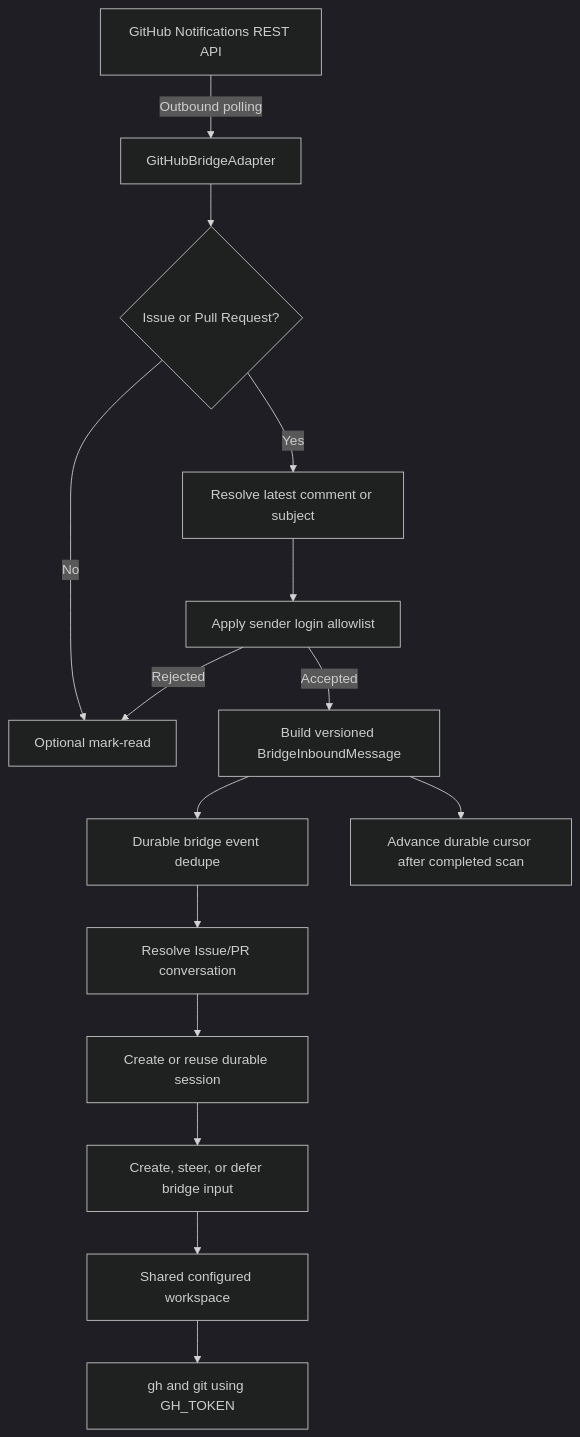
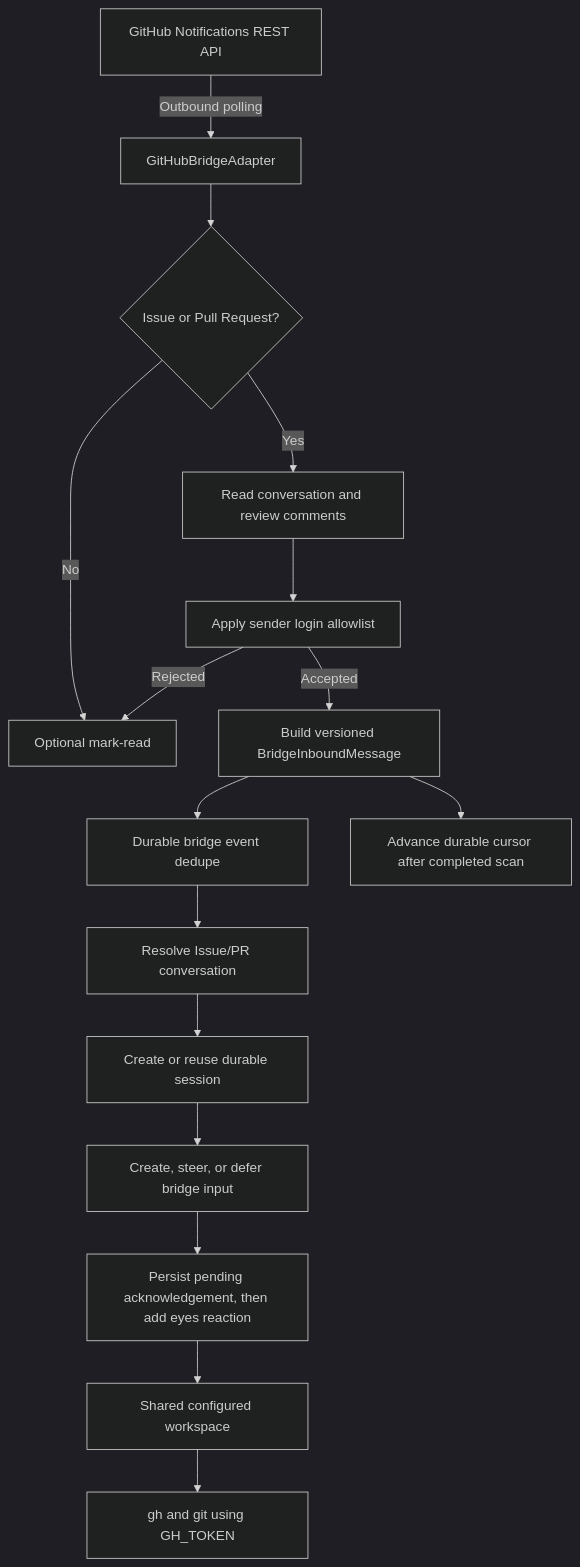
Before and after one commit to Wh1isper/ya-mono: the diagram in packages/ya-claw/spec/14-github-bridge.md, drawn with Mermaid (dark theme). The commit also changed other lines of this file and 7 other files, not shown here.

Commit message:
fix(claw): ingest GitHub comments with durable reaction acknowledgements (#434)

````diff
--- a/packages/ya-claw/spec/14-github-bridge.md
+++ b/packages/ya-claw/spec/14-github-bridge.md
@@ -43,17 +43,18 @@
 ```mermaid
 flowchart TD
     GH["GitHub Notifications REST API"] -->|Outbound polling| POLL["GitHubBridgeAdapter"]
     POLL --> RESOURCE{"Issue or Pull Request?"}
     RESOURCE -->|No| READ["Optional mark-read"]
-    RESOURCE -->|Yes| SOURCE["Resolve latest comment or subject"]
+    RESOURCE -->|Yes| SOURCE["Read conversation and review comments"]
     SOURCE --> SENDER["Apply sender login allowlist"]
     SENDER -->|Rejected| READ
     SENDER -->|Accepted| NORMALIZE["Build versioned BridgeInboundMessage"]
     NORMALIZE --> DEDUPE["Durable bridge event dedupe"]
     DEDUPE --> CONVERSATION["Resolve Issue/PR conversation"]
     CONVERSATION --> SESSION["Create or reuse durable session"]
     SESSION --> RUN["Create, steer, or defer bridge input"]
-    RUN --> WORKSPACE["Shared configured workspace"]
+    RUN --> ACK["Persist pending acknowledgement, then add eyes reaction"]
+    ACK --> WORKSPACE["Shared configured workspace"]
     WORKSPACE --> GHCLI["gh and git using GH_TOKEN"]
     NORMALIZE --> CURSOR["Advance durable cursor after completed scan"]
 ```
````
